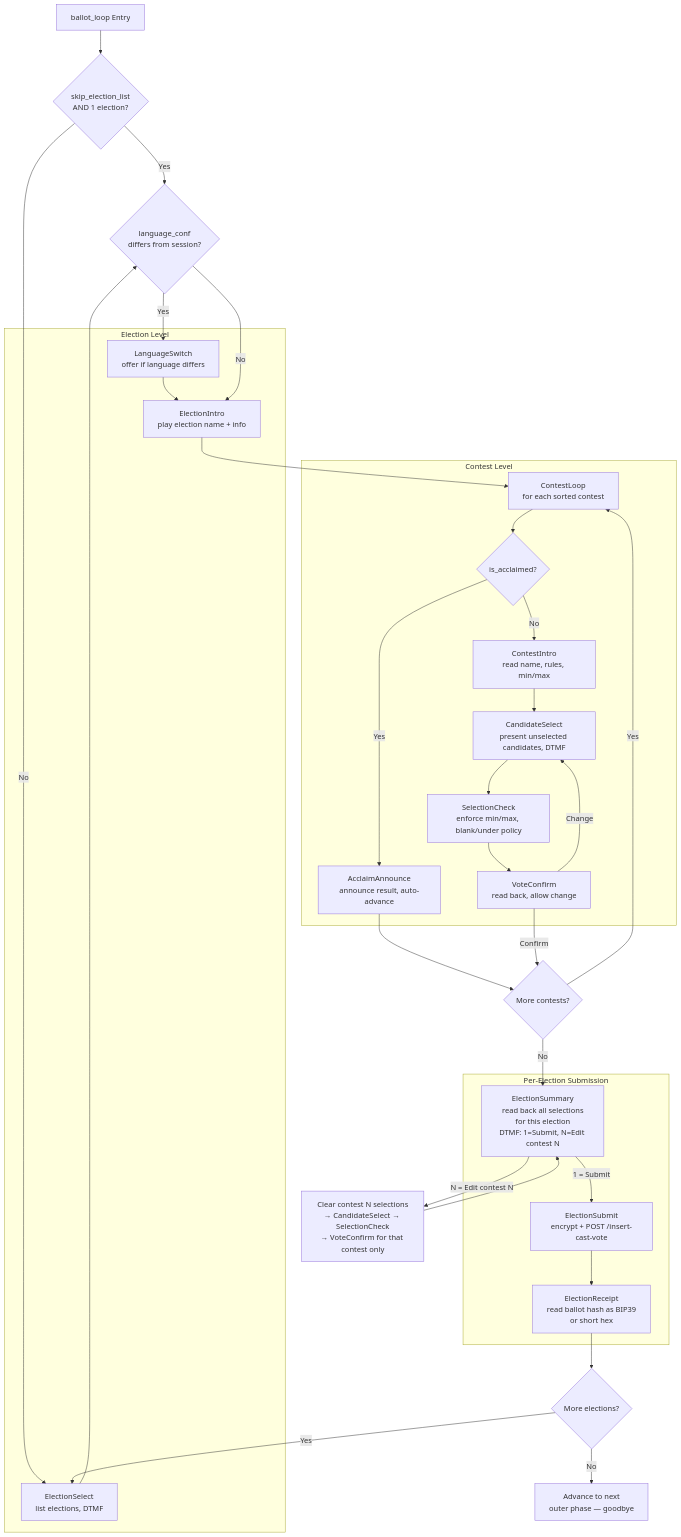
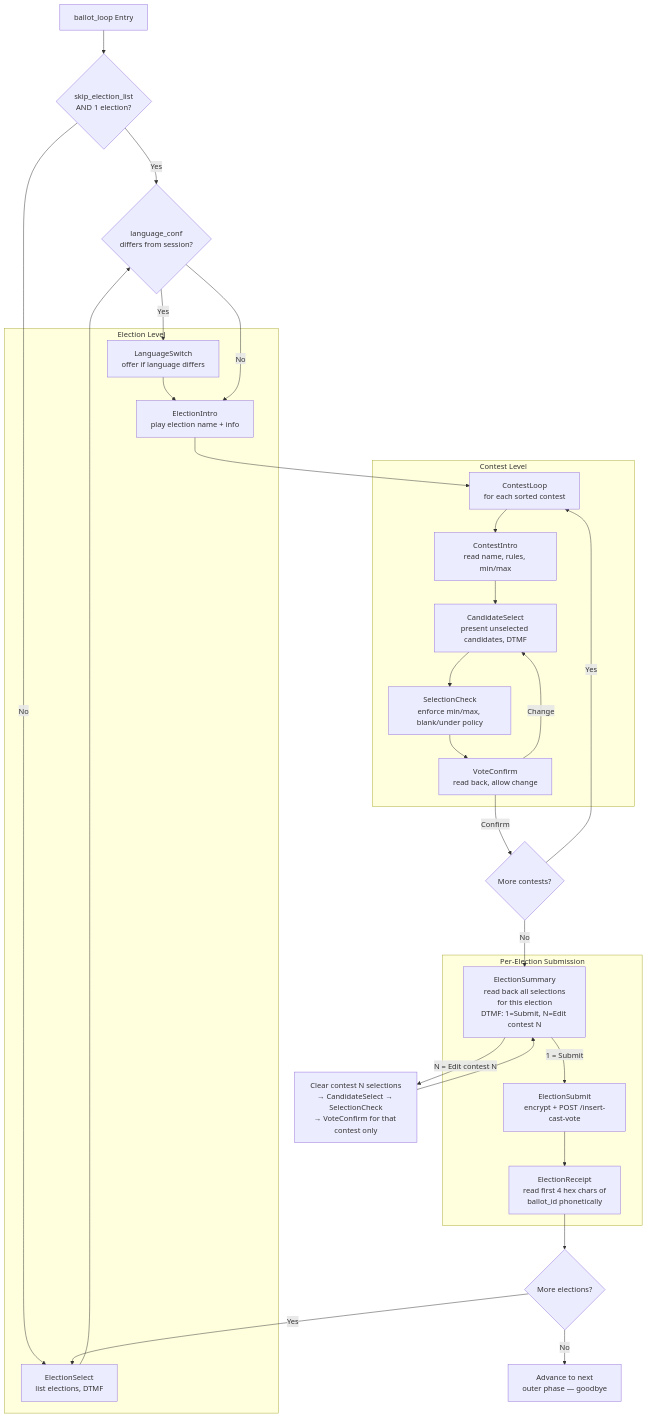
Before and after one commit to sequentech/step: the fourth of 13 diagrams in docs/docusaurus/docs/07-developers/12-ivr/ivr-system-design.md, drawn with Mermaid. The commit also changed other lines of this file, not shown here.

````diff
--- a/docs/docusaurus/docs/07-developers/12-ivr/ivr-system-design.md
+++ b/docs/docusaurus/docs/07-developers/12-ivr/ivr-system-design.md
@@ -206,54 +206,50 @@
 ```mermaid
 flowchart TD
     Start[ballot_loop Entry] --> SkipCheck{skip_election_list<br/>AND 1 election?}
     SkipCheck -->|Yes| LangCheck
     SkipCheck -->|No| ElectionSelect
 
     subgraph ElectionLevel [Election Level]
         ElectionSelect[ElectionSelect<br/>list elections, DTMF]
         LanguageSwitch[LanguageSwitch<br/>offer if language differs]
         ElectionIntro[ElectionIntro<br/>play election name + info]
     end
 
     ElectionSelect --> LangCheck{language_conf<br/>differs from session?}
     LangCheck -->|Yes| LanguageSwitch --> ElectionIntro
     LangCheck -->|No| ElectionIntro
     ElectionIntro --> ContestLoop
 
     subgraph ContestLevel [Contest Level]
         ContestLoop[ContestLoop<br/>for each sorted contest]
-        AcclaimCheck{is_acclaimed?}
-        AcclaimAnnounce[AcclaimAnnounce<br/>announce result, auto-advance]
         ContestIntro[ContestIntro<br/>read name, rules, min/max]
         CandidateSelect[CandidateSelect<br/>present unselected candidates, DTMF]
         SelectionCheck[SelectionCheck<br/>enforce min/max, blank/under policy]
         VoteConfirm[VoteConfirm<br/>read back, allow change]
     end
 
-    ContestLoop --> AcclaimCheck
-    AcclaimCheck -->|Yes| AcclaimAnnounce --> NextContest
-    AcclaimCheck -->|No| ContestIntro --> CandidateSelect
+    ContestLoop --> ContestIntro --> CandidateSelect
     CandidateSelect --> SelectionCheck
     SelectionCheck --> VoteConfirm
     VoteConfirm -->|Change| CandidateSelect
     VoteConfirm -->|Confirm| NextContest
 
     NextContest{More contests?}
     NextContest -->|Yes| ContestLoop
     NextContest -->|No| ElectionSummary
 
     subgraph SubmissionLevel [Per-Election Submission]
         ElectionSummary[ElectionSummary<br/>read back all selections<br/>for this election<br/>DTMF: 1=Submit, N=Edit contest N]
         ElectionSubmit[ElectionSubmit<br/>encrypt + POST /insert-cast-vote]
-        ElectionReceipt[ElectionReceipt<br/>read ballot hash as BIP39<br/>or short hex]
+        ElectionReceipt[ElectionReceipt<br/>read first 4 hex chars of<br/>ballot_id phonetically]
     end
 
     ElectionSummary -->|"N = Edit contest N"| EditContest[Clear contest N selections<br/>→ CandidateSelect → SelectionCheck<br/>→ VoteConfirm for that contest only]
     EditContest --> ElectionSummary
     ElectionSummary -->|"1 = Submit"| ElectionSubmit
     ElectionSubmit --> ElectionReceipt
 
     ElectionReceipt --> MoreElections{More elections?}
     MoreElections -->|Yes| ElectionSelect
     MoreElections -->|No| Done[Advance to next<br/>outer phase — goodbye]
 ```
````
